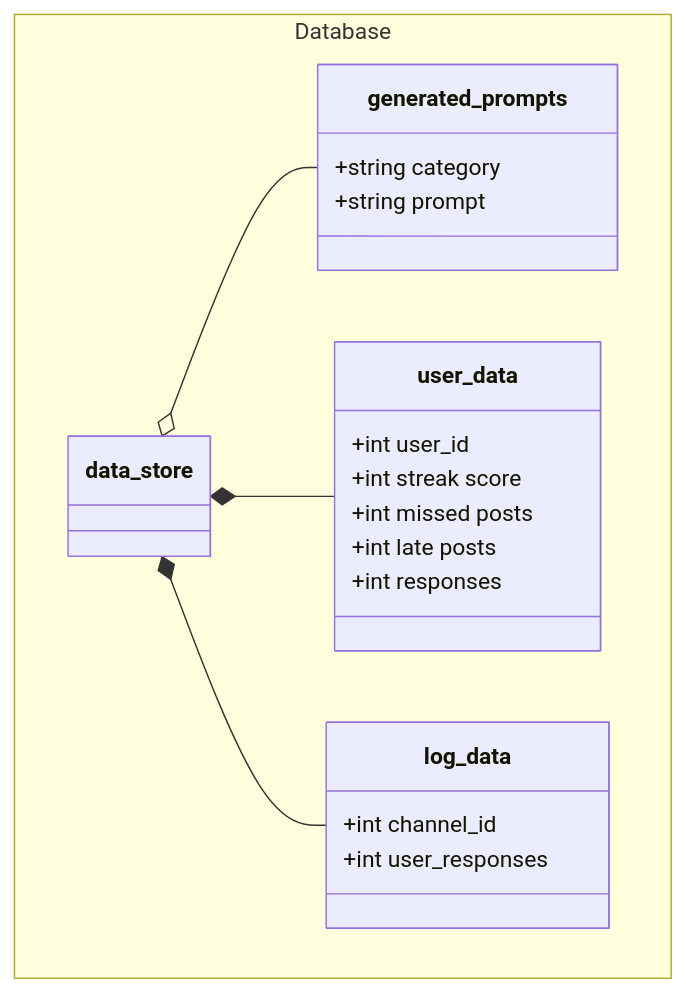
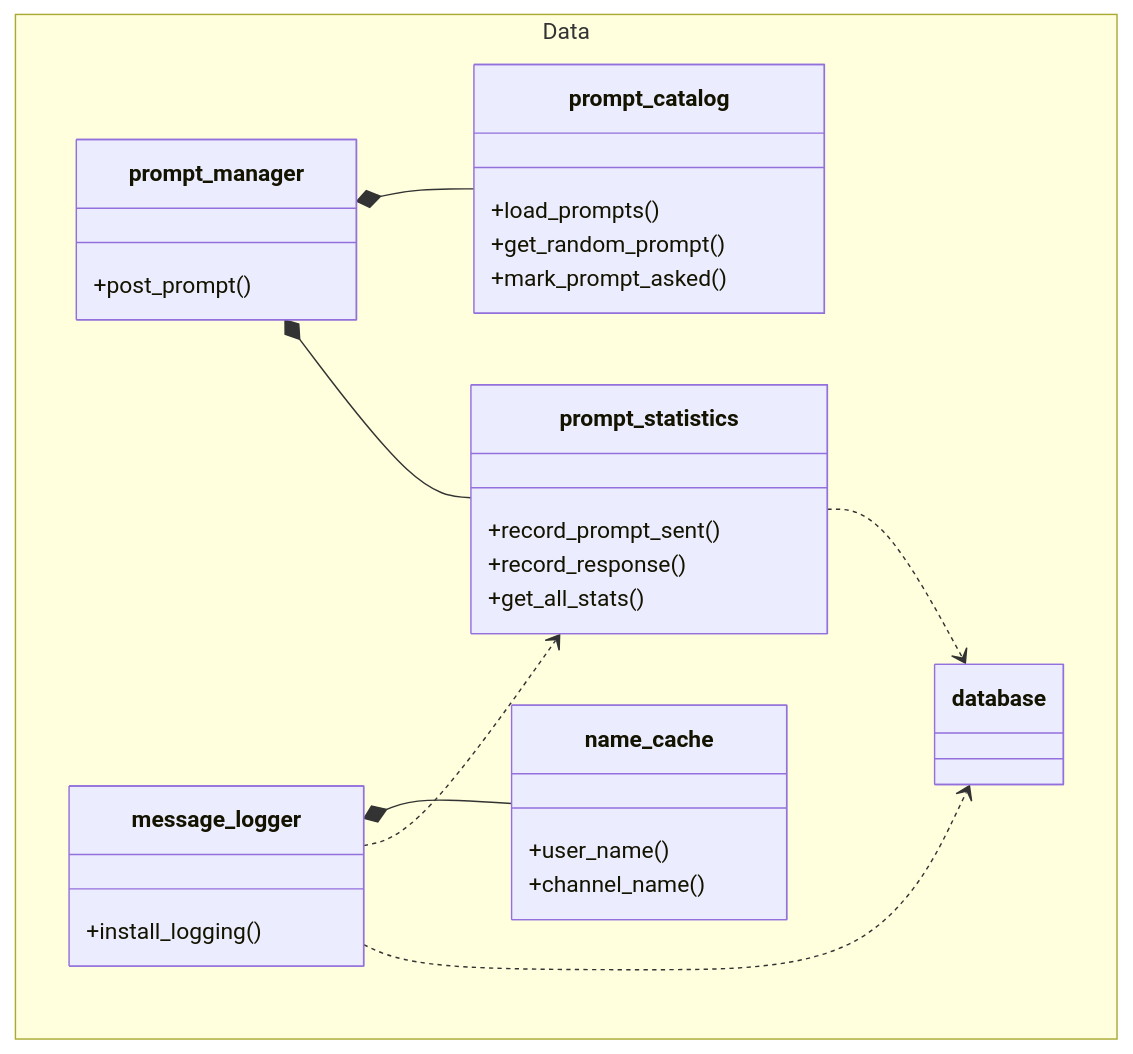
The third of 4 diagrams in documentation/docs/system-architecture/class-diagram.md (Capstone-Projects-2026-spring/project-bereal-chatbot), drawn with Mermaid before and after one commit. The commit also changed other lines of this file, not shown here.

Commit message:
revised class diagram

````diff
--- a/documentation/docs/system-architecture/class-diagram.md
+++ b/documentation/docs/system-architecture/class-diagram.md
@@ -44,30 +137,40 @@
 ```mermaid
 classDiagram
-    namespace Database {
+direction TB
+    namespace Data {
+        class prompt_manager {
+            +post_prompt()
+        }
 
-        class data_store {
+        class prompt_catalog {
+            +load_prompts()
+            +get_random_prompt()
+            +mark_prompt_asked()
+        }
+
+        class prompt_statistics {
+            +record_prompt_sent()
+            +record_response()
+            +get_all_stats()
+        }
+
+        class message_logger {
+            +install_logging()
+        }
+
+        class name_cache {
+            +user_name()
+            +channel_name()
+        }
+
+        class database {
+        }
     }
 
-    class generated_prompts {
-        +string category
-        +string prompt
-    }
-
-    class user_data {
-        +int user_id
-        +int streak score
-        +int missed posts
-        +int late posts
-        +int responses
-    }
-
-    class log_data {
-        +int channel_id
-        +int user_responses
-    }
-
-}
-    data_store o-- generated_prompts
-    data_store *-- user_data
-    data_store *-- log_data
+    prompt_manager *-- prompt_catalog
+    prompt_manager *-- prompt_statistics
+    message_logger *-- name_cache
+    message_logger ..> prompt_statistics
+    message_logger ..> database
+    prompt_statistics ..> database
 ```
````
